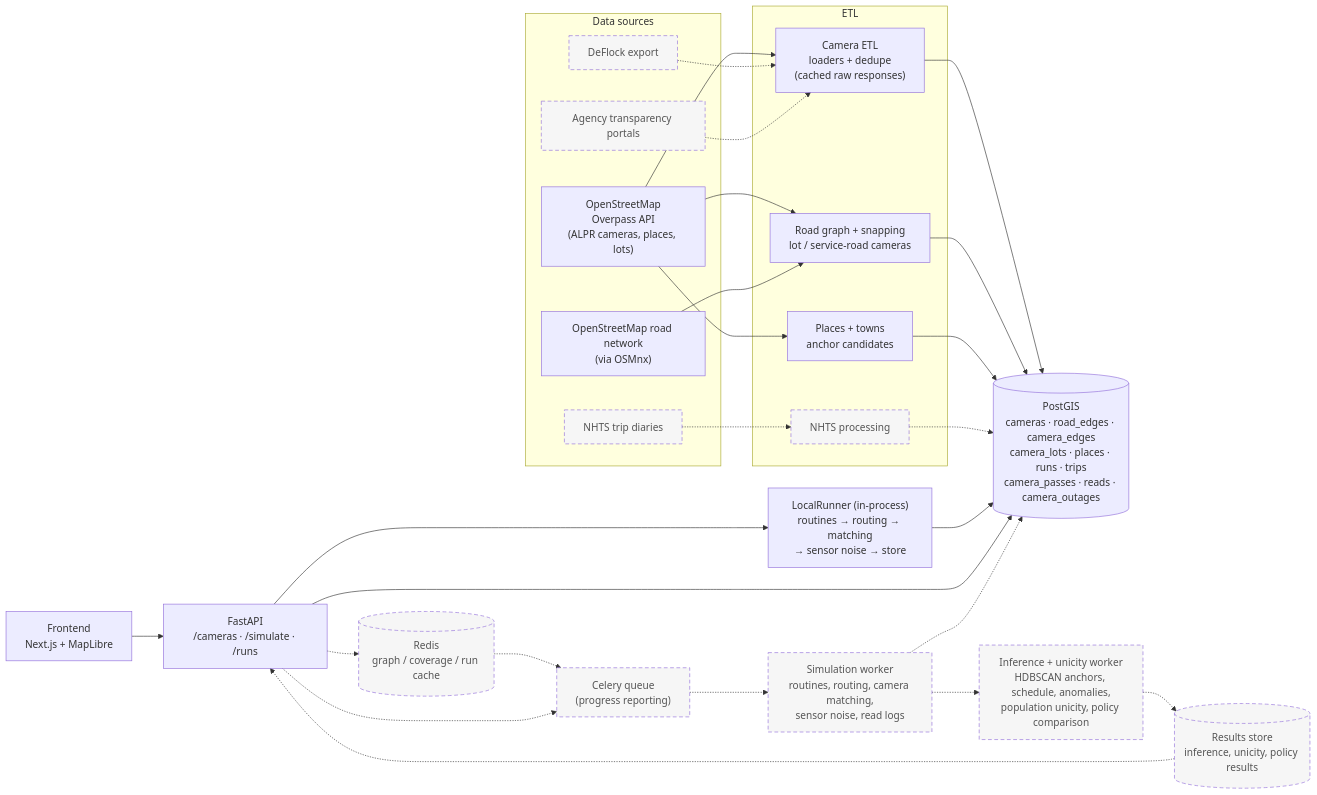
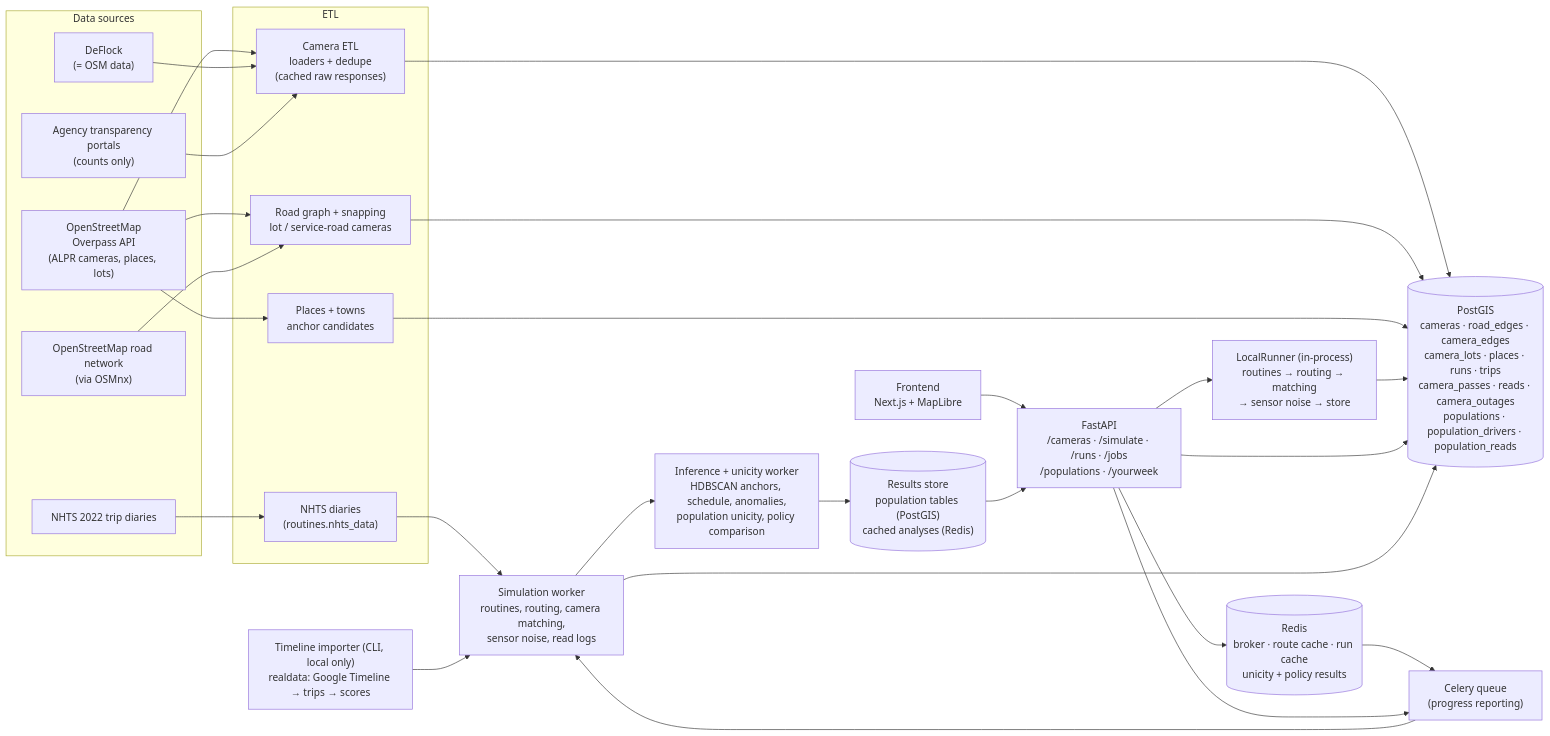
The diagram in docs/architecture.md (RyanPurakal/plate-trail), drawn with Mermaid before and after one commit. The commit also changed other lines of this file and 74 other files, not shown here.

````diff
--- a/docs/architecture.md
+++ b/docs/architecture.md
@@ -9,59 +7,59 @@
 ```mermaid
 flowchart LR
     %% ---------- sources ----------
     subgraph sources["Data sources"]
         OSM["OpenStreetMap<br/>Overpass API<br/>(ALPR cameras, places, lots)"]
         OSMNX["OpenStreetMap road network<br/>(via OSMnx)"]
-        DEFLOCK["DeFlock export"]:::planned
-        AGENCY["Agency transparency portals"]:::planned
-        NHTS["NHTS trip diaries"]:::planned
+        DEFLOCK["DeFlock<br/>(= OSM data)"]
+        AGENCY["Agency transparency portals<br/>(counts only)"]
+        NHTS["NHTS 2022 trip diaries"]
     end
 
     %% ---------- ETL ----------
     subgraph etl["ETL"]
         CAMETL["Camera ETL<br/>loaders + dedupe<br/>(cached raw responses)"]
         ROADS["Road graph + snapping<br/>lot / service-road cameras"]
         PLACES["Places + towns<br/>anchor candidates"]
-        NHTSETL["NHTS processing"]:::planned
+        NHTSETL["NHTS diaries<br/>(routines.nhts_data)"]
     end
 
-    DB[("PostGIS<br/>cameras · road_edges · camera_edges<br/>camera_lots · places · runs · trips<br/>camera_passes · reads · camera_outages")]
+    DB[("PostGIS<br/>cameras · road_edges · camera_edges<br/>camera_lots · places · runs · trips<br/>camera_passes · reads · camera_outages<br/>populations · population_drivers · population_reads")]
 
     %% ---------- app ----------
     FE["Frontend<br/>Next.js + MapLibre"]
-    API["FastAPI<br/>/cameras · /simulate · /runs"]
+    API["FastAPI<br/>/cameras · /simulate · /runs · /jobs<br/>/populations · /yourweek"]
     LOCAL["LocalRunner (in-process)<br/>routines → routing → matching<br/>→ sensor noise → store"]
-    REDIS[("Redis<br/>graph / coverage / run cache")]:::planned
-    QUEUE["Celery queue<br/>(progress reporting)"]:::planned
-    SIMW["Simulation worker<br/>routines, routing, camera matching,<br/>sensor noise, read logs"]:::planned
-    INFW["Inference + unicity worker<br/>HDBSCAN anchors, schedule, anomalies,<br/>population unicity, policy comparison"]:::planned
-    RESULTS[("Results store<br/>inference, unicity, policy results")]:::planned
+    REDIS[("Redis<br/>broker · route cache · run cache<br/>unicity + policy results")]
+    QUEUE["Celery queue<br/>(progress reporting)"]
+    SIMW["Simulation worker<br/>routines, routing, camera matching,<br/>sensor noise, read logs"]
+    INFW["Inference + unicity worker<br/>HDBSCAN anchors, schedule, anomalies,<br/>population unicity, policy comparison"]
+    RESULTS[("Results store<br/>population tables (PostGIS)<br/>cached analyses (Redis)")]
+    TIMELINE["Timeline importer (CLI, local only)<br/>realdata: Google Timeline → trips → scores"]
 
     OSM --> CAMETL
     OSM --> PLACES
     OSM --> ROADS
     OSMNX --> ROADS
-    DEFLOCK -.-> CAMETL
-    AGENCY -.-> CAMETL
-    NHTS -.-> NHTSETL
+    DEFLOCK --> CAMETL
+    AGENCY --> CAMETL
+    NHTS --> NHTSETL
     CAMETL --> DB
     ROADS --> DB
     PLACES --> DB
-    NHTSETL -.-> DB
+    NHTSETL --> SIMW
 
     FE --> API
     API --> LOCAL
     LOCAL --> DB
     API --> DB
 
-    API -.-> REDIS
-    REDIS -.-> QUEUE
-    API -.-> QUEUE
-    QUEUE -.-> SIMW
-    SIMW -.-> INFW
-    SIMW -.-> DB
-    INFW -.-> RESULTS
-    RESULTS -.-> API
-
-    classDef planned stroke-dasharray: 6 4,fill:#f6f6f6,color:#555;
+    API --> REDIS
+    REDIS --> QUEUE
+    API --> QUEUE
+    QUEUE --> SIMW
+    SIMW --> INFW
+    SIMW --> DB
+    INFW --> RESULTS
+    RESULTS --> API
+    TIMELINE --> SIMW
 ```
````
